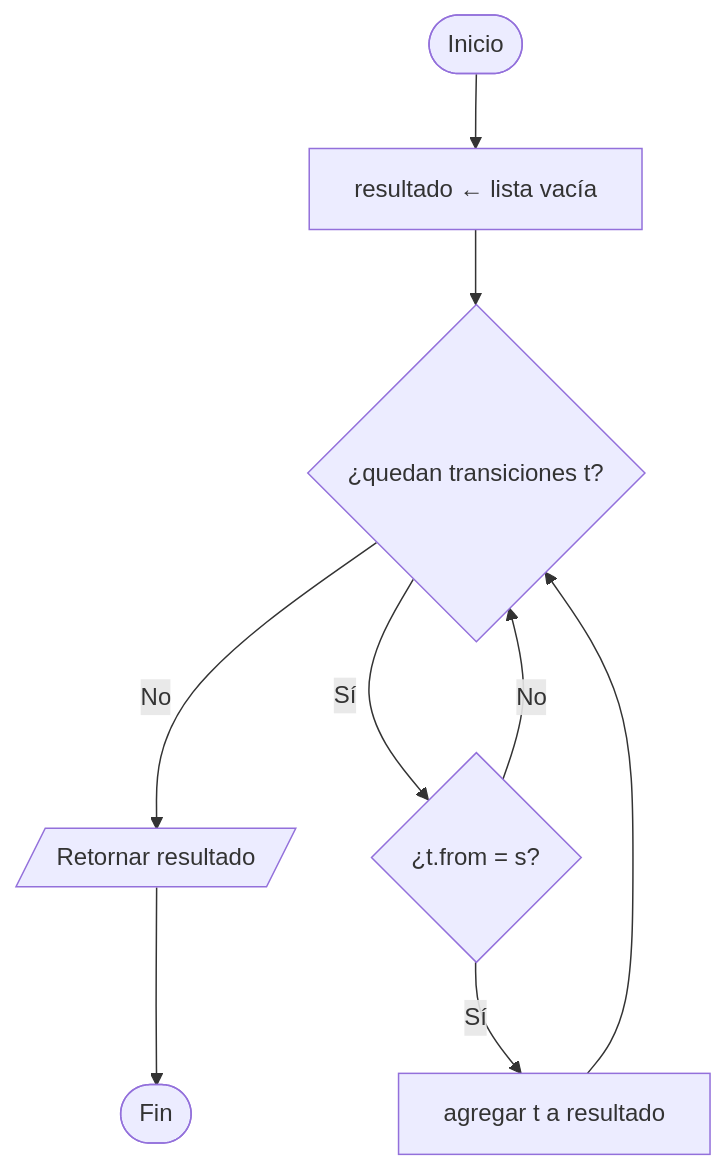
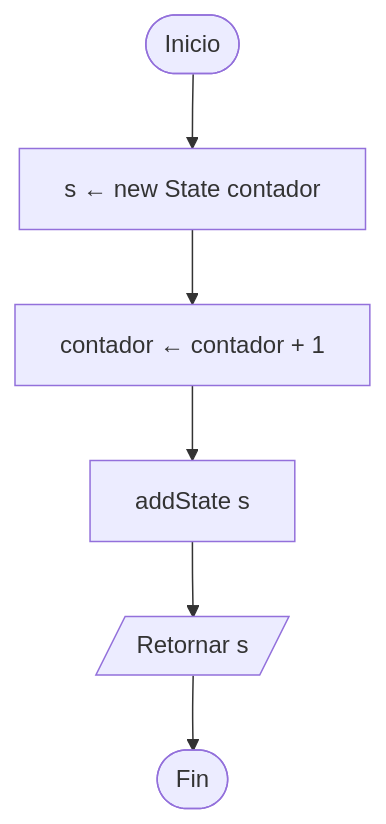
The fifth of 9 diagrams in docs/diagramas/07-modelo-automatas.md (Leosanlo30/RegEx-to-DFA-Visualizer), drawn with Mermaid before and after one commit. The commit also changed other lines of this file and 10 other files, not shown here.

Commit message:
docs: alinear diagramas de flujo con UML.md y REQUIREMENTS.md

````diff
--- a/docs/diagramas/07-modelo-automatas.md
+++ b/docs/diagramas/07-modelo-automatas.md
@@ -138,11 +63,8 @@
 ```mermaid
 flowchart TD
-    A([Inicio]) --> B[resultado ← lista vacía]
-    B --> C{¿quedan transiciones t?}
-    C -- No --> R[/Retornar resultado/]
-    C -- Sí --> D{¿t.from = s?}
-    D -- Sí --> E[agregar t a resultado]
-    D -- No --> C
-    E --> C
-    R --> Z([Fin])
+    A([Inicio]) --> B[s ← new State contador]
+    B --> C[contador ← contador + 1]
+    C --> D[addState s]
+    D --> E[/Retornar s/]
+    E --> Z([Fin])
 ```
````
